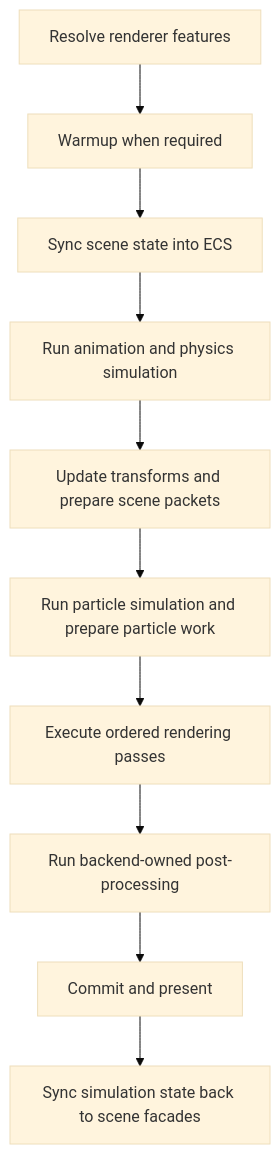
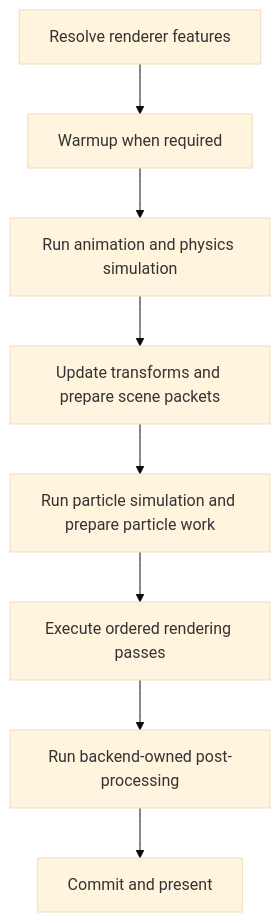
The first of 2 diagrams in docs/architecture/rendering.md (Kunelinmc/IgnisRenderer), drawn with Mermaid (base theme) before and after one commit. The commit also changed 11 other files, not shown here.

First line of the commit message:
docs(scene)!: document ECS projection migration

````diff
--- a/docs/architecture/rendering.md
+++ b/docs/architecture/rendering.md
@@ -9,12 +9,10 @@
 ```mermaid
 flowchart TD
 	A["Resolve renderer features"] --> B["Warmup when required"]
-	B --> C["Sync scene state into ECS"]
-	C --> D["Run animation and physics simulation"]
+	B --> D["Run animation and physics simulation"]
 	D --> E["Update transforms and prepare scene packets"]
 	E --> P["Run particle simulation and prepare particle work"]
 	P --> F["Execute ordered rendering passes"]
 	F --> G["Run backend-owned post-processing"]
 	G --> H["Commit and present"]
-	H --> I["Sync simulation state back to scene facades"]
 ```
````
